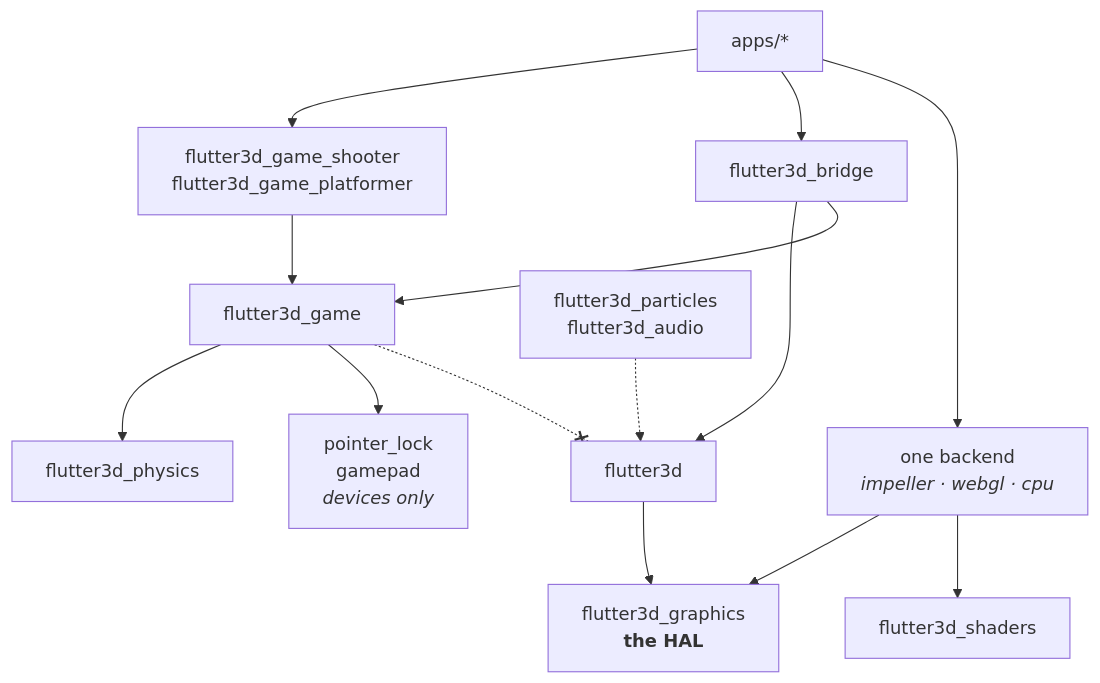
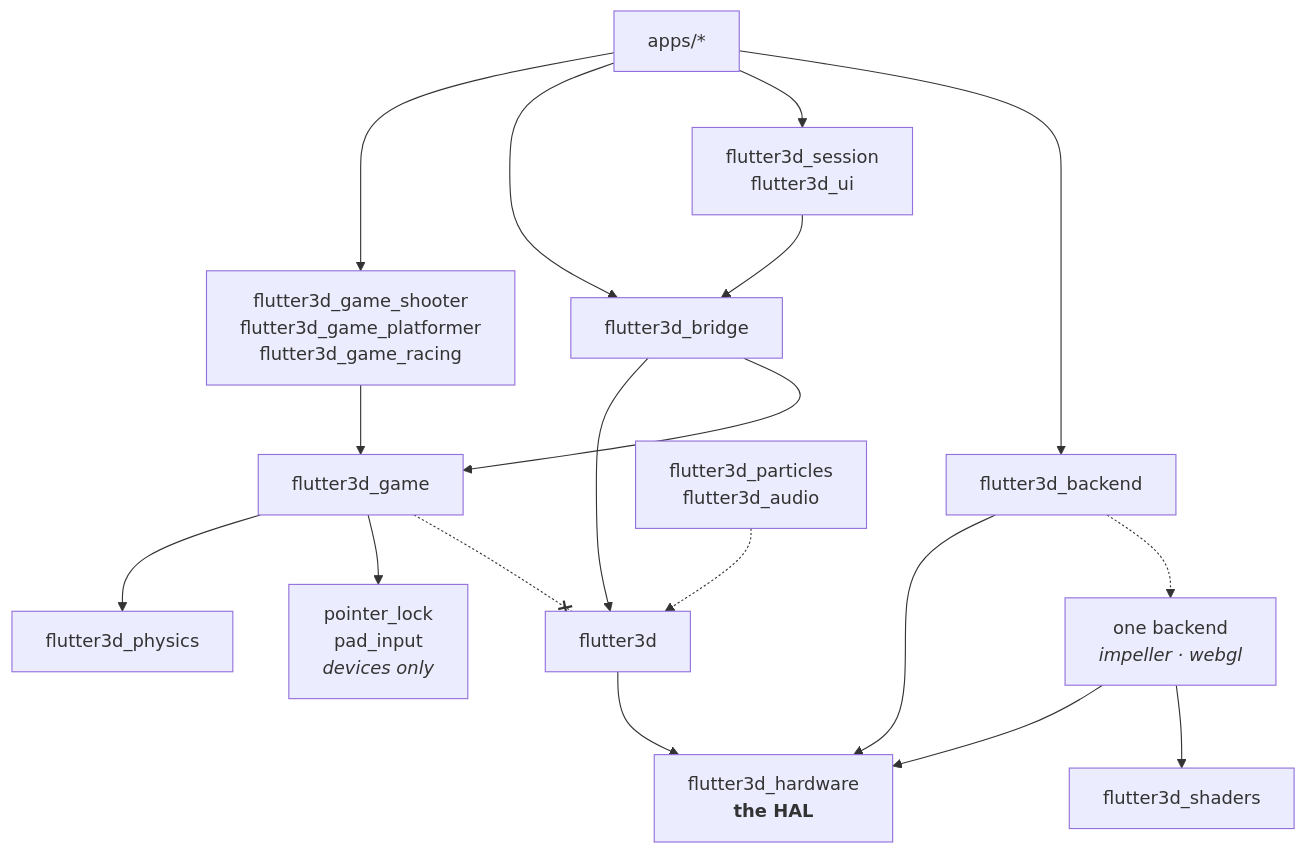
One commit to pleiondev/flutter3d changed the diagram in site/content/reference/packages.md. Above: the diagram before and after it, drawn with Mermaid. The commit also changed other lines of this file and 33 other files, not shown here.

````diff
--- a/site/content/reference/packages.md
+++ b/site/content/reference/packages.md
@@ -129,18 +190,22 @@
 ```mermaid
 flowchart TB
-  apps["apps/*"] --> genres["flutter3d_game_shooter<br>flutter3d_game_platformer"]
+  apps["apps/*"] --> genres["flutter3d_game_shooter<br>flutter3d_game_platformer<br>flutter3d_game_racing"]
   apps --> bridge["flutter3d_bridge"]
-  apps --> backend["one backend<br><i>impeller · webgl · cpu</i>"]
+  apps --> session["flutter3d_session<br>flutter3d_ui"]
+  apps --> picker["flutter3d_backend"]
+  picker --> gfx["flutter3d_hardware<br><b>the HAL</b>"]
+  picker -.-> onebackend["one backend<br><i>impeller · webgl</i>"]
+  session --> bridge
   genres --> game["flutter3d_game"]
   bridge --> engine["flutter3d"]
   bridge --> game
   game --> physics["flutter3d_physics"]
-  engine --> gfx["flutter3d_graphics<br><b>the HAL</b>"]
-  backend --> gfx
-  backend --> shaders["flutter3d_shaders"]
+  engine --> gfx
+  onebackend --> gfx
+  onebackend --> shaders["flutter3d_shaders"]
   extras["flutter3d_particles<br>flutter3d_audio"] -.-> engine
-  game --> devices["pointer_lock<br>gamepad<br><i>devices only</i>"]
+  game --> devices["pointer_lock<br>pad_input<br><i>devices only</i>"]
 
   classDef forbidden stroke-dasharray: 4 3
   game -.-x engine
 ```
````
